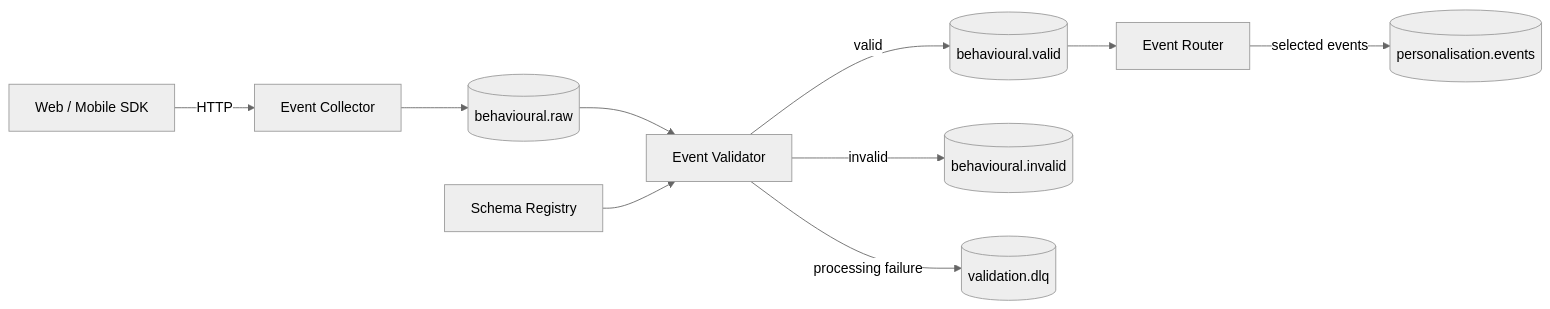
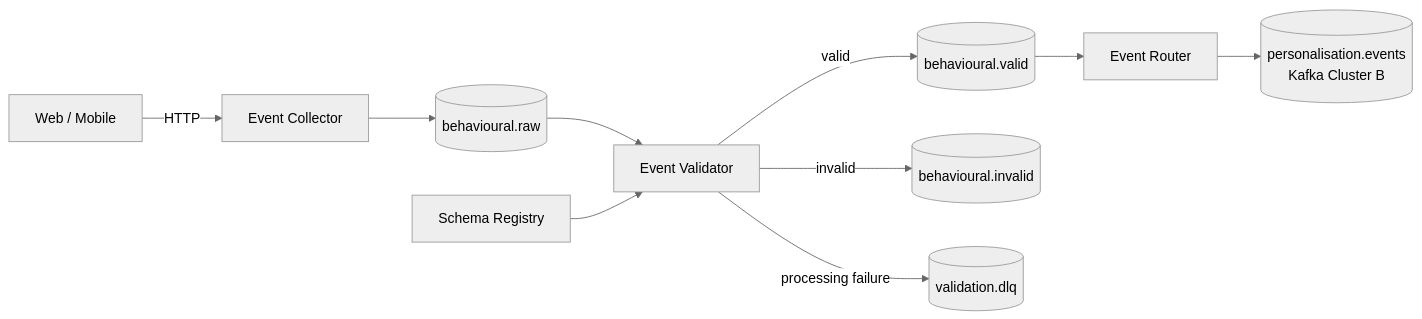
One commit to mbelekar/behavioural-event-platform changed the diagram in docs/Design.md. Above: the diagram before and after it, drawn with Mermaid (neutral theme). The commit also changed other lines of this file and 10 other files, not shown here.

````diff
--- a/docs/Design.md
+++ b/docs/Design.md
@@ -91,31 +29,15 @@
 ```mermaid
 flowchart LR
-    WEB[Web / Mobile SDK]
+    CLIENT[Web / Mobile] -->|HTTP| COLLECTOR[Event Collector]
+    COLLECTOR --> RAW[(behavioural.raw)]
 
-    COLLECTOR[Event Collector]
-    VALIDATOR[Event Validator]
-    ROUTER[Event Router]
+    RAW --> VALIDATOR[Event Validator]
+    REGISTRY[Schema Registry] --> VALIDATOR
 
-    RAW[(behavioural.raw)]
-    VALID[(behavioural.valid)]
-    INVALID[(behavioural.invalid)]
-    DLQ[(validation.dlq)]
+    VALIDATOR -->|valid| VALID[(behavioural.valid)]
+    VALIDATOR -->|invalid| INVALID[(behavioural.invalid)]
+    VALIDATOR -->|processing failure| DLQ[(validation.dlq)]
 
-    REGISTRY[Schema Registry]
-
-    TARGET[(personalisation.events)]
-
-    WEB -->|HTTP| COLLECTOR
-    COLLECTOR --> RAW
-
-    RAW --> VALIDATOR
-    REGISTRY --> VALIDATOR
-
-    VALIDATOR -->|valid| VALID
-    VALIDATOR -->|invalid| INVALID
-    VALIDATOR -->|processing failure| DLQ
-
-    VALID --> ROUTER
-
-    ROUTER -->|selected events| TARGET
+    VALID --> ROUTER[Event Router]
+    ROUTER --> TARGET[(personalisation.events<br/>Kafka Cluster B)]
 ```
````
